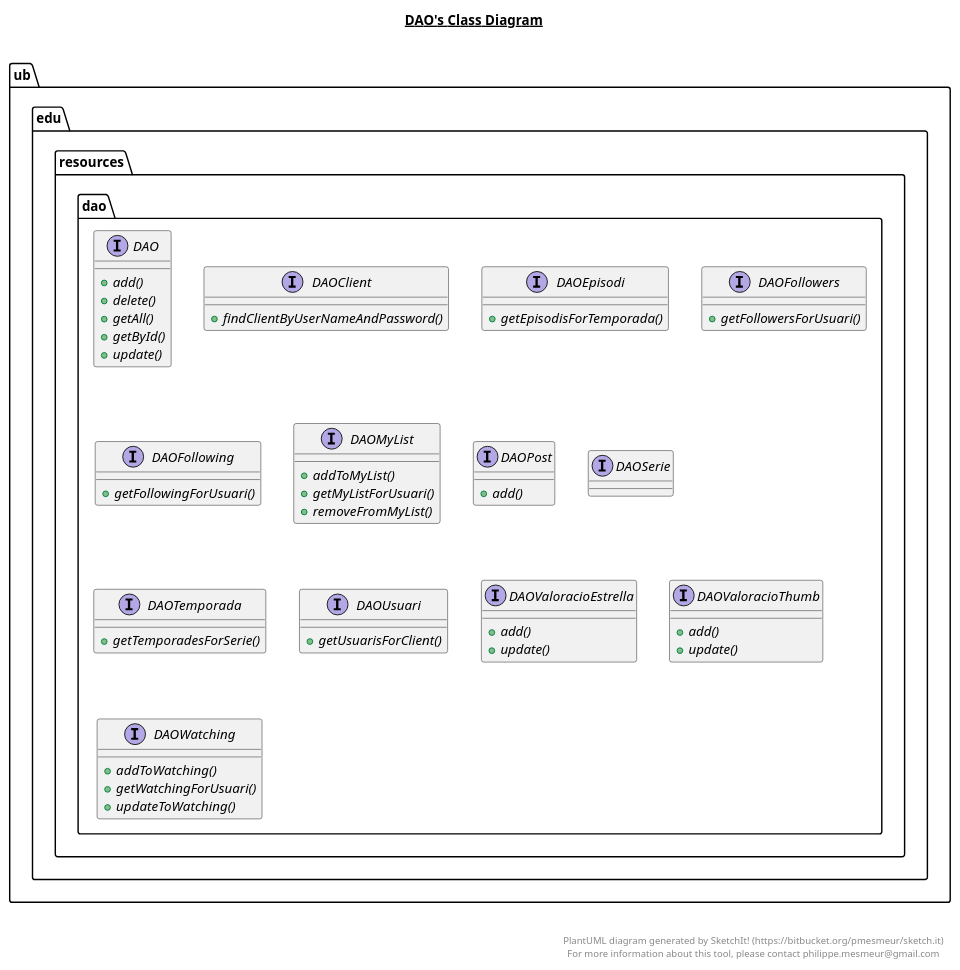
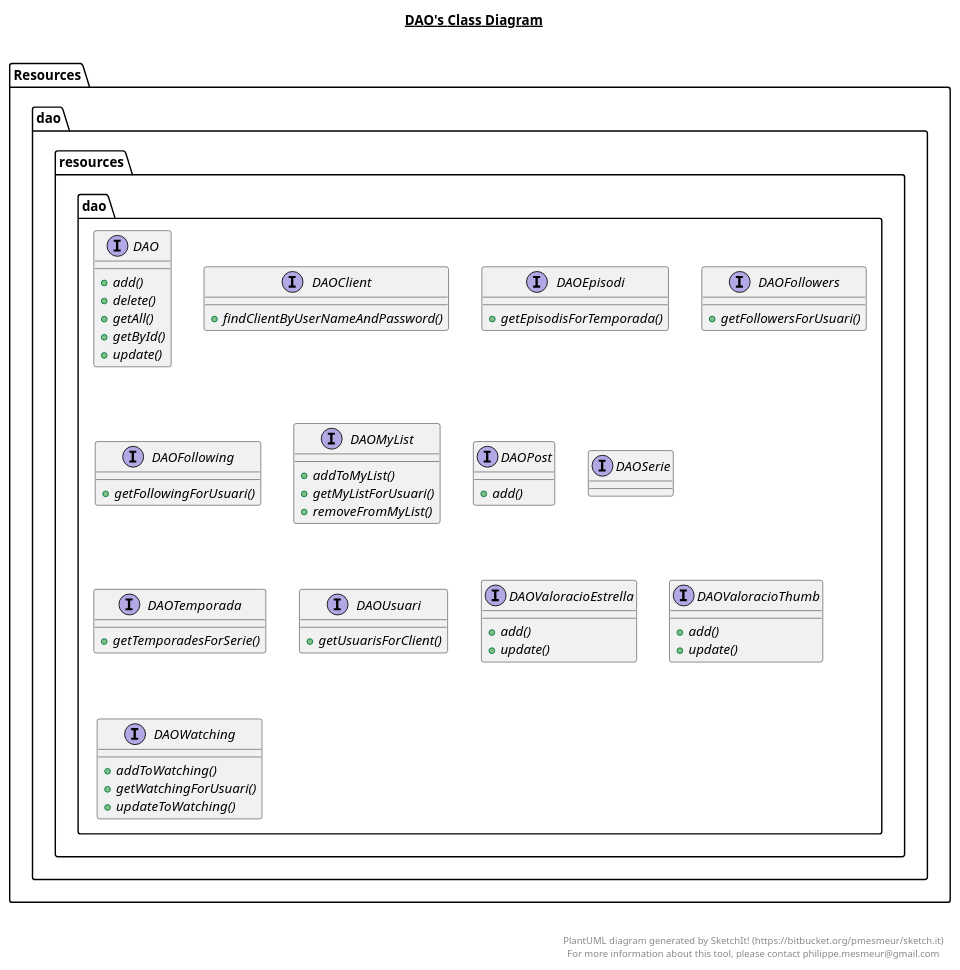
The diagram in src/resources/dao/dao.plantuml (Disseny-Software-2020-2021/practica3-b2), drawn with PlantUML before and after one commit. The commit also changed 9 other files, not shown here.

```diff
--- a/src/resources/dao/dao.plantuml
+++ b/src/resources/dao/dao.plantuml
@@ -1,114 +1,114 @@
 @startuml
 
 title __DAO's Class Diagram__\n
 
-  namespace ub.edu.resources.dao {
-    interface ub.edu.resources.dao.DAO {
-        {abstract} + add()
-        {abstract} + delete()
-        {abstract} + getAll()
-        {abstract} + getById()
-        {abstract} + update()
+    namespace Resources.dao {
+      interface resources.dao.DAO {
+          {abstract} + add()
+          {abstract} + delete()
+          {abstract} + getAll()
+          {abstract} + getById()
+          {abstract} + update()
+      }
     }
-  }
-  
 
-  namespace ub.edu.resources.dao {
-    interface ub.edu.resources.dao.DAOClient {
-        {abstract} + findClientByUserNameAndPassword()
+
+    namespace Resources.dao {
+      interface resources.dao.DAOClient {
+          {abstract} + findClientByUserNameAndPassword()
+      }
     }
-  }
-  
 
-  namespace ub.edu.resources.dao {
-    interface ub.edu.resources.dao.DAOEpisodi {
-        {abstract} + getEpisodisForTemporada()
+
+    namespace Resources.dao {
+      interface resources.dao.DAOEpisodi {
+          {abstract} + getEpisodisForTemporada()
+      }
     }
-  }
-  
 
-  namespace ub.edu.resources.dao {
-    interface ub.edu.resources.dao.DAOFollowers {
-        {abstract} + getFollowersForUsuari()
+
+    namespace Resources.dao {
+      interface resources.dao.DAOFollowers {
+          {abstract} + getFollowersForUsuari()
+      }
     }
-  }
-  
 
-  namespace ub.edu.resources.dao {
-    interface ub.edu.resources.dao.DAOFollowing {
-        {abstract} + getFollowingForUsuari()
+
+    namespace Resources.dao {
+      interface resources.dao.DAOFollowing {
+          {abstract} + getFollowingForUsuari()
+      }
     }
-  }
-  
 
-  namespace ub.edu.resources.dao {
-    interface ub.edu.resources.dao.DAOMyList {
-        {abstract} + addToMyList()
-        {abstract} + getMyListForUsuari()
-        {abstract} + removeFromMyList()
+
+    namespace Resources.dao {
+      interface resources.dao.DAOMyList {
+          {abstract} + addToMyList()
+          {abstract} + getMyListForUsuari()
+          {abstract} + removeFromMyList()
+      }
     }
-  }
-  
 
-  namespace ub.edu.resources.dao {
-    interface ub.edu.resources.dao.DAOPost {
-        {abstract} + add()
+
+    namespace Resources.dao {
+      interface resources.dao.DAOPost {
+          {abstract} + add()
+      }
     }
-  }
-  
 
-  namespace ub.edu.resources.dao {
-    interface ub.edu.resources.dao.DAOSerie {
+
+    namespace Resources.dao {
+      interface resources.dao.DAOSerie {
+      }
     }
-  }
-  
 
-  namespace ub.edu.resources.dao {
-    interface ub.edu.resources.dao.DAOTemporada {
-        {abstract} + getTemporadesForSerie()
+
+    namespace Resources.dao {
+      interface resources.dao.DAOTemporada {
+          {abstract} + getTemporadesForSerie()
+      }
     }
-  }
-  
 
-  namespace ub.edu.resources.dao {
-    interface ub.edu.resources.dao.DAOUsuari {
-        {abstract} + getUsuarisForClient()
+
+    namespace Resources.dao {
+      interface resources.dao.DAOUsuari {
+          {abstract} + getUsuarisForClient()
+      }
     }
-  }
-  
 
-  namespace ub.edu.resources.dao {
-    interface ub.edu.resources.dao.DAOValoracioEstrella {
-        {abstract} + add()
-        {abstract} + update()
+
+    namespace Resources.dao {
+      interface resources.dao.DAOValoracioEstrella {
+          {abstract} + add()
+          {abstract} + update()
+      }
     }
-  }
-  
 
-  namespace ub.edu.resources.dao {
-    interface ub.edu.resources.dao.DAOValoracioThumb {
-        {abstract} + add()
-        {abstract} + update()
+
+    namespace Resources.dao {
+      interface resources.dao.DAOValoracioThumb {
+          {abstract} + add()
+          {abstract} + update()
+      }
     }
-  }
-  
 
-  namespace ub.edu.resources.dao {
-    interface ub.edu.resources.dao.DAOWatching {
-        {abstract} + addToWatching()
-        {abstract} + getWatchingForUsuari()
-        {abstract} + updateToWatching()
+
+    namespace Resources.dao {
+      interface resources.dao.DAOWatching {
+          {abstract} + addToWatching()
+          {abstract} + getWatchingForUsuari()
+          {abstract} + updateToWatching()
+      }
     }
-  }
-  
+
 
 
 
 right footer
 
 
 PlantUML diagram generated by SketchIt! (https://bitbucket.org/pmesmeur/sketch.it)
 For more information about this tool, please contact philippe.mesmeur@gmail.com
 endfooter
 
 @enduml
```
